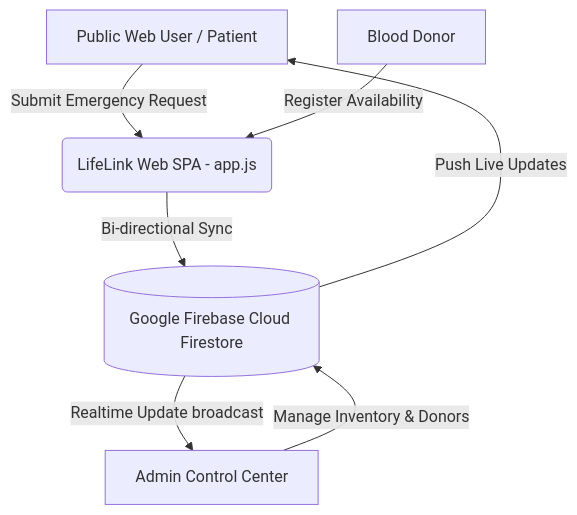
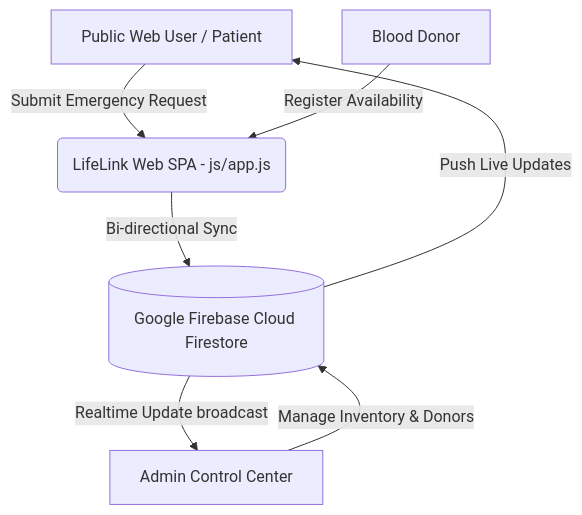
The diagram in README.md (sunandadutta730/LifeLink), drawn with Mermaid before and after one commit. The commit also changed other lines of this file and 33 other files, not shown here.

Commit message:
refactor: reorganize LifeLink architecture into scalable modular folder structure

````diff
--- a/README.md
+++ b/README.md
@@ -51,9 +51,9 @@
 ```mermaid
 graph TD
-    A[Public Web User / Patient] -->|Submit Emergency Request| B(LifeLink Web SPA - app.js)
+    A[Public Web User / Patient] -->|Submit Emergency Request| B(LifeLink Web SPA - js/app.js)
     C[Blood Donor] -->|Register Availability| B
     B -->|Bi-directional Sync| D[(Google Firebase Cloud Firestore)]
     D -->|Realtime Update broadcast| E[Admin Control Center]
     E -->|Manage Inventory & Donors| D
     D -->|Push Live Updates| A
 ```
````
